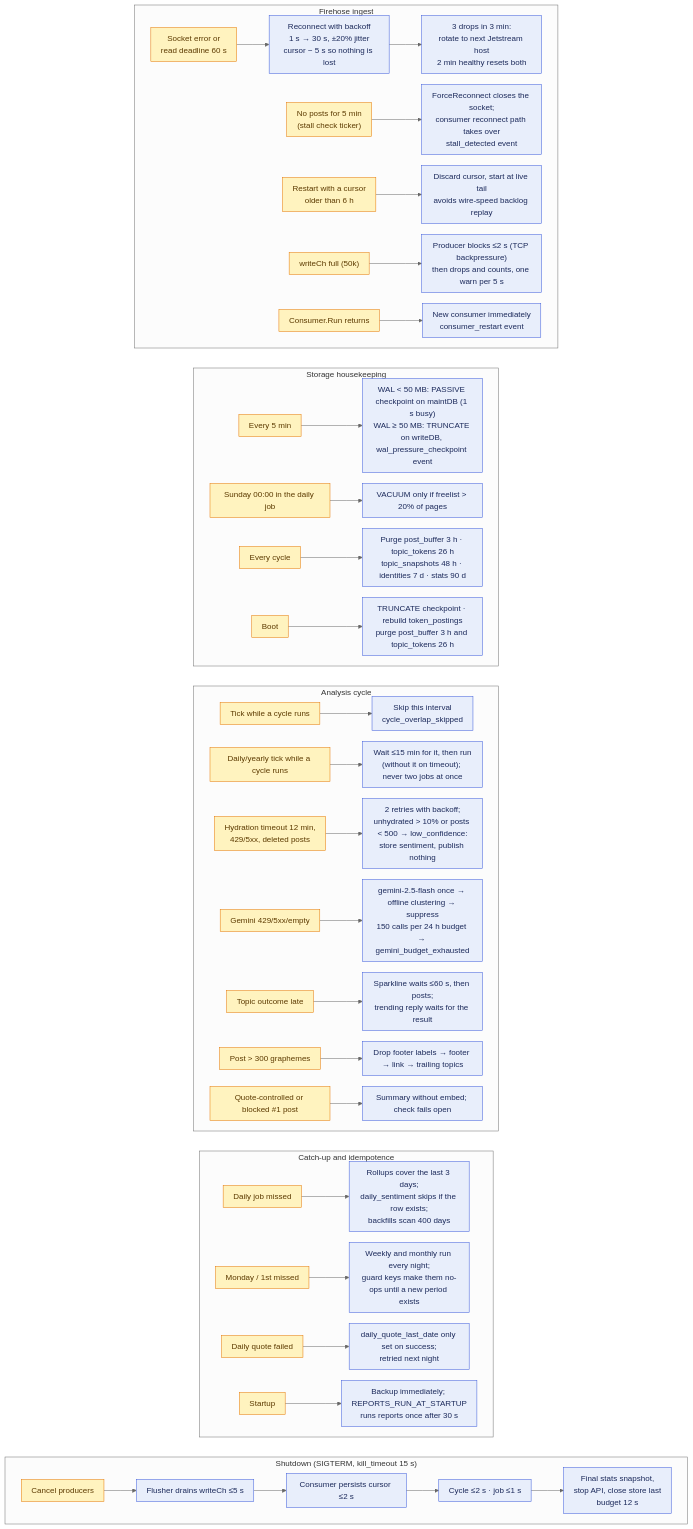
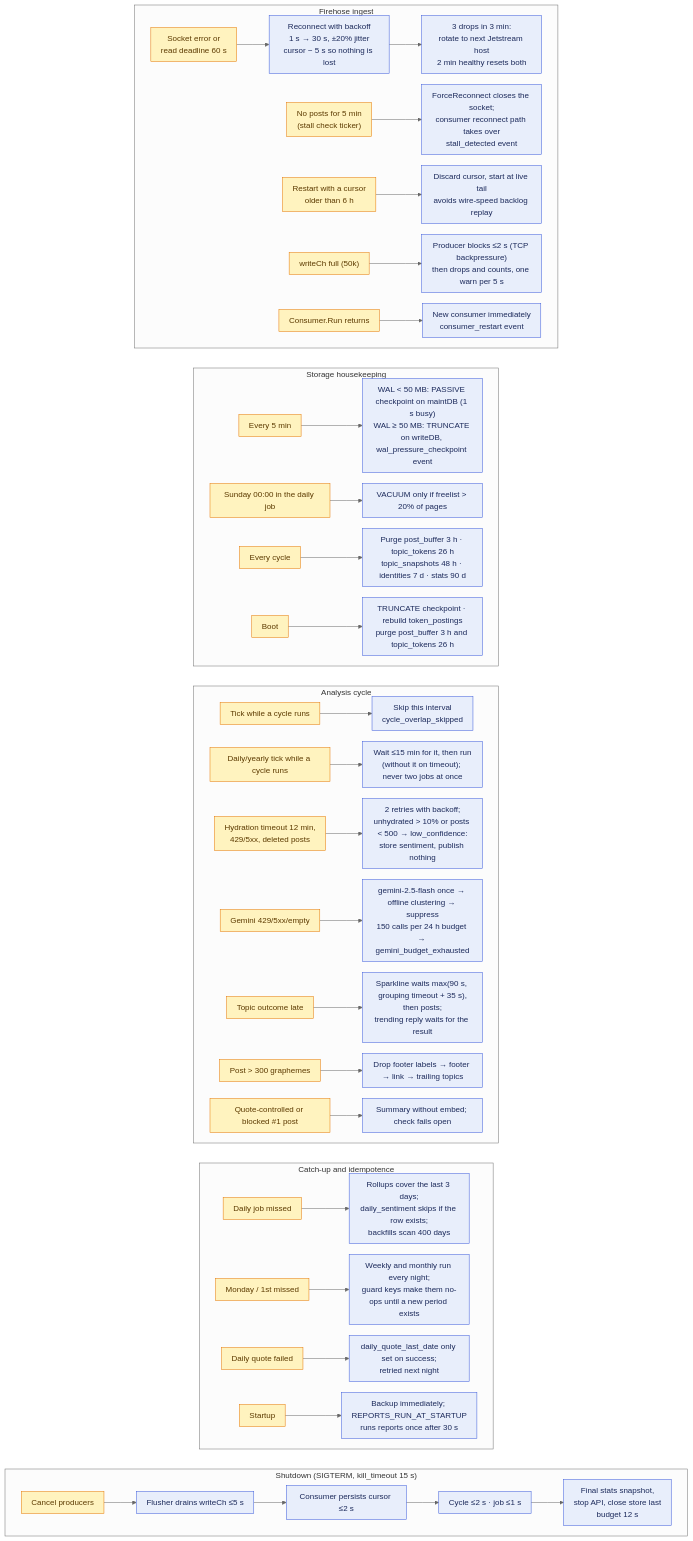
One commit to brainsnorkel/hourstats-bsky changed the diagram in docs/architecture/07-renormalising-processes.mmd. Above: the diagram before and after it, drawn with Mermaid. The commit also changed 10 other files, not shown here.

```diff
--- a/docs/architecture/07-renormalising-processes.mmd
+++ b/docs/architecture/07-renormalising-processes.mmd
@@ -1,52 +1,52 @@
 %%{init: {"theme":"neutral","flowchart":{"curve":"linear","nodeSpacing":22,"rankSpacing":40,"padding":10}}}%%
 flowchart TB
   %% Re-normalising processes: what pulls the system back to steady state after a disturbance.
   %% Each lane reads left to right: trigger → response → normal state restored.
 
   subgraph ingest["Firehose ingest"]
     direction LR
     i1["Socket error or<br/>read deadline 60 s"] --> i2["Reconnect with backoff<br/>1 s → 30 s, ±20% jitter<br/>cursor − 5 s so nothing is lost"] --> i3["3 drops in 3 min:<br/>rotate to next Jetstream host<br/>2 min healthy resets both"]
     i4["No posts for 5 min<br/>(stall check ticker)"] --> i5["ForceReconnect closes the socket;<br/>consumer reconnect path takes over<br/>stall_detected event"]
     i6["Restart with a cursor<br/>older than 6 h"] --> i7["Discard cursor, start at live tail<br/>avoids wire-speed backlog replay"]
     i8["writeCh full (50k)"] --> i9["Producer blocks ≤2 s (TCP backpressure)<br/>then drops and counts, one warn per 5 s"]
     i10["Consumer.Run returns"] --> i11["New consumer immediately<br/>consumer_restart event"]
   end
 
   subgraph storage["Storage housekeeping"]
     direction LR
     s1["Every 5 min"] --> s2["WAL < 50 MB: PASSIVE checkpoint on maintDB (1 s busy)<br/>WAL ≥ 50 MB: TRUNCATE on writeDB, wal_pressure_checkpoint event"]
     s3["Sunday 00:00 in the daily job"] --> s4["VACUUM only if freelist > 20% of pages"]
     s5["Every cycle"] --> s6["Purge post_buffer 3 h · topic_tokens 26 h<br/>topic_snapshots 48 h · identities 7 d · stats 90 d"]
     s7["Boot"] --> s8["TRUNCATE checkpoint · rebuild token_postings<br/>purge post_buffer 3 h and topic_tokens 26 h"]
   end
 
   subgraph cycle["Analysis cycle"]
     direction LR
     c1["Tick while a cycle runs"] --> c2["Skip this interval<br/>cycle_overlap_skipped"]
     c3["Daily/yearly tick while a cycle runs"] --> c4["Wait ≤15 min for it, then run<br/>(without it on timeout); never two jobs at once"]
     c5["Hydration timeout 12 min,<br/>429/5xx, deleted posts"] --> c6["2 retries with backoff;<br/>unhydrated > 10% or posts < 500 → low_confidence:<br/>store sentiment, publish nothing"]
     c7["Gemini 429/5xx/empty"] --> c8["gemini-2.5-flash once → offline clustering → suppress<br/>150 calls per 24 h budget → gemini_budget_exhausted"]
-    c9["Topic outcome late"] --> c10["Sparkline waits ≤60 s, then posts;<br/>trending reply waits for the result"]
+    c9["Topic outcome late"] --> c10["Sparkline waits max(90 s, grouping timeout + 35 s),<br/>then posts;<br/>trending reply waits for the result"]
     c11["Post > 300 graphemes"] --> c12["Drop footer labels → footer → link → trailing topics"]
     c13["Quote-controlled or blocked #1 post"] --> c14["Summary without embed; check fails open"]
   end
 
   subgraph catchup["Catch-up and idempotence"]
     direction LR
     k1["Daily job missed"] --> k2["Rollups cover the last 3 days;<br/>daily_sentiment skips if the row exists;<br/>backfills scan 400 days"]
     k3["Monday / 1st missed"] --> k4["Weekly and monthly run every night;<br/>guard keys make them no-ops until a new period exists"]
     k5["Daily quote failed"] --> k6["daily_quote_last_date only set on success;<br/>retried next night"]
     k7["Startup"] --> k8["Backup immediately; REPORTS_RUN_AT_STARTUP<br/>runs reports once after 30 s"]
   end
 
   subgraph shutdown["Shutdown (SIGTERM, kill_timeout 15 s)"]
     direction LR
     d1["Cancel producers"] --> d2["Flusher drains writeCh ≤5 s"] --> d3["Consumer persists cursor ≤2 s"] --> d4["Cycle ≤2 s · job ≤1 s"] --> d5["Final stats snapshot,<br/>stop API, close store last<br/>budget 12 s"]
   end
 
   ingest ~~~ storage ~~~ cycle ~~~ catchup ~~~ shutdown
 
   classDef trig fill:#fff3bf,stroke:#e67700,color:#5c3a00
   classDef act fill:#e8eefb,stroke:#3b5bdb,color:#1c2a5b
   class i1,i4,i6,i8,i10,s1,s3,s5,s7,c1,c3,c5,c7,c9,c11,c13,k1,k3,k5,k7,d1 trig
   class i2,i3,i5,i7,i9,i11,s2,s4,s6,s8,c2,c4,c6,c8,c10,c12,c14,k2,k4,k6,k8,d2,d3,d4,d5 act
```
